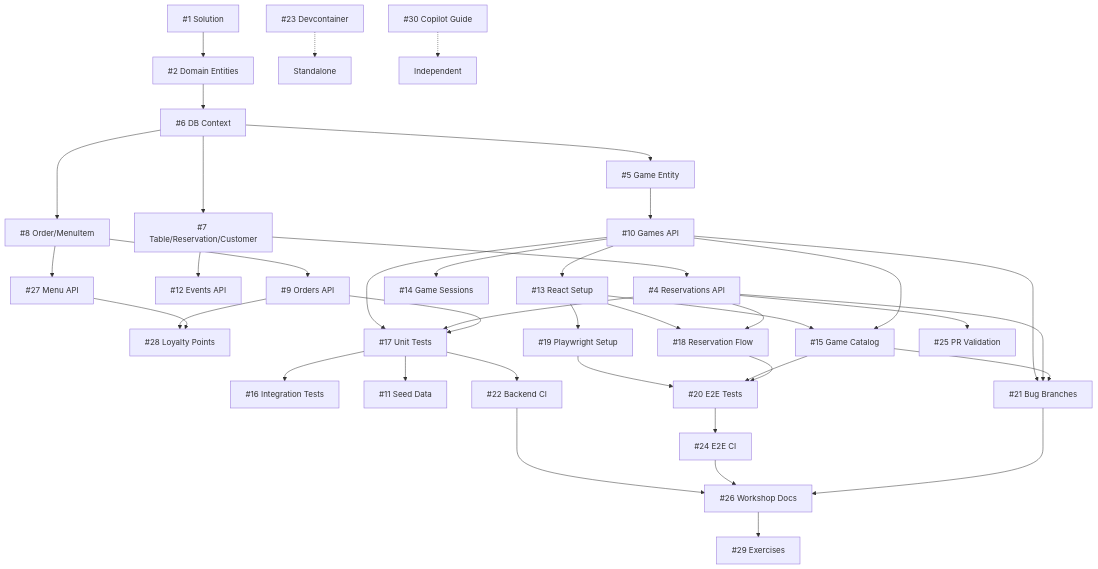
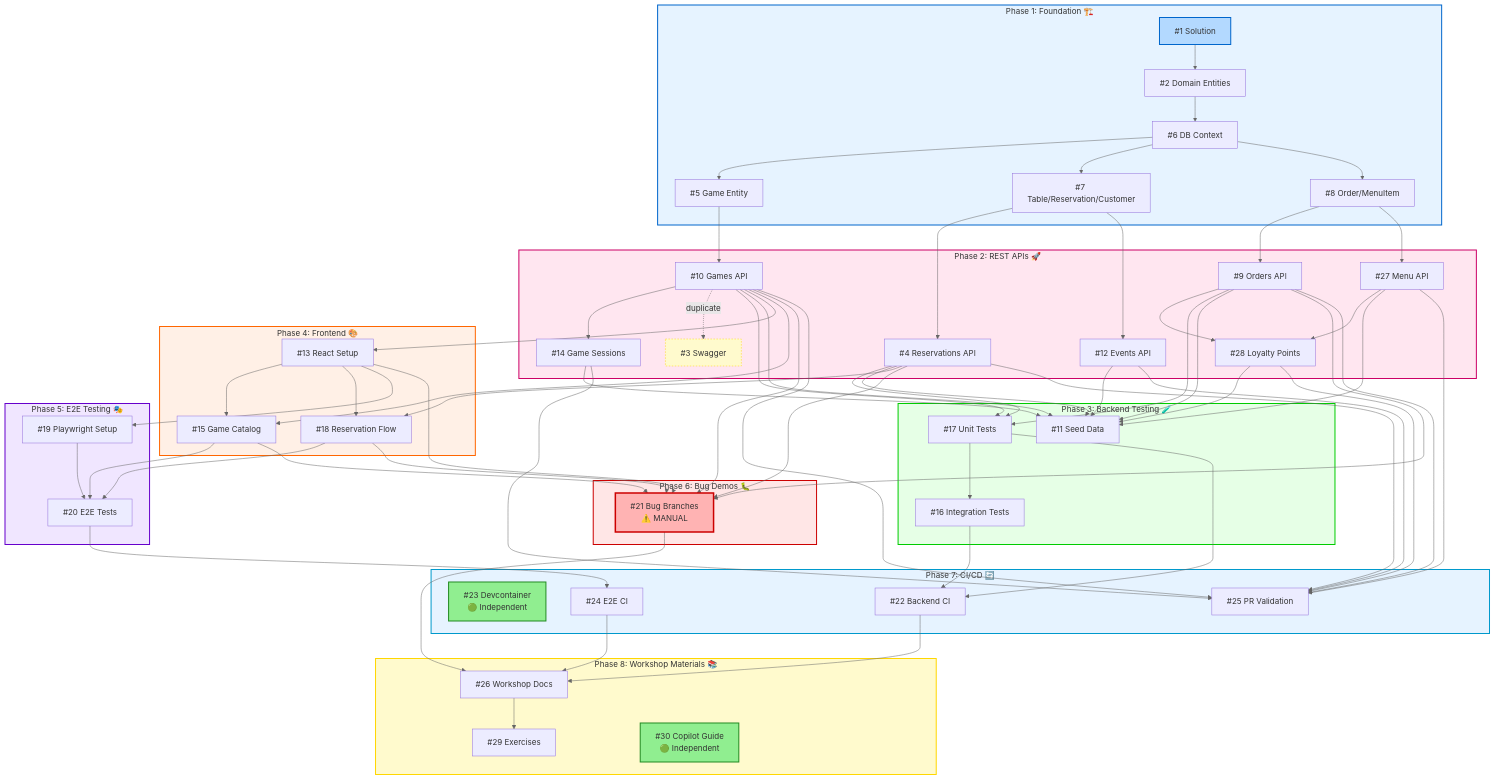
One commit to equalizer999/board-game-jam changed the ninth of 9 diagrams in README.md. Above: the diagram before and after it, drawn with Mermaid. The commit also changed other lines of this file, not shown here.

First line of the commit message:
Enhance dependency visualization with comprehensive Mermaid diagrams

````diff
--- a/README.md
+++ b/README.md
@@ -353,50 +420,100 @@
 ```mermaid
 graph TD
-    A[#1 Solution] --> B[#2 Domain Entities]
-    B --> C[#6 DB Context]
-    C --> D[#5 Game Entity]
-    C --> E[#7 Table/Reservation/Customer]
-    C --> F[#8 Order/MenuItem]
+    subgraph Phase1["Phase 1: Foundation 🏗️"]
+        I1[#1 Solution] --> I2[#2 Domain Entities]
+        I2 --> I6[#6 DB Context]
+        I6 --> I5[#5 Game Entity]
+        I6 --> I7[#7 Table/Reservation/Customer]
+        I6 --> I8[#8 Order/MenuItem]
+    end
     
-    D --> G[#10 Games API]
-    E --> H[#4 Reservations API]
-    E --> I[#12 Events API]
-    F --> J[#9 Orders API]
-    F --> K[#27 Menu API]
-    G --> L[#14 Game Sessions]
-    J --> M[#28 Loyalty Points]
-    K --> M
+    subgraph Phase2["Phase 2: REST APIs 🚀"]
+        I5 --> I10[#10 Games API]
+        I7 --> I4[#4 Reservations API]
+        I7 --> I12[#12 Events API]
+        I8 --> I9[#9 Orders API]
+        I8 --> I27[#27 Menu API]
+        I10 --> I14[#14 Game Sessions]
+        I9 --> I28[#28 Loyalty Points]
+        I27 --> I28
+        I10 -.->|duplicate| I3[#3 Swagger]
+    end
     
-    G --> N[#17 Unit Tests]
-    H --> N
-    J --> N
-    N --> O[#16 Integration Tests]
-    N --> P[#11 Seed Data]
+    subgraph Phase3["Phase 3: Backend Testing 🧪"]
+        I10 --> I17[#17 Unit Tests]
+        I4 --> I17
+        I9 --> I17
+        I17 --> I16[#16 Integration Tests]
+        I10 --> I11[#11 Seed Data]
+        I4 --> I11
+        I9 --> I11
+        I27 --> I11
+        I12 --> I11
+        I14 --> I11
+        I28 --> I11
+    end
     
-    G --> Q[#13 React Setup]
-    Q --> R[#15 Game Catalog]
-    G --> R
-    Q --> S[#18 Reservation Flow]
-    H --> S
+    subgraph Phase4["Phase 4: Frontend 🎨"]
+        I10 --> I13[#13 React Setup]
+        I13 --> I15[#15 Game Catalog]
+        I10 --> I15
+        I13 --> I18[#18 Reservation Flow]
+        I4 --> I18
+    end
     
-    Q --> T[#19 Playwright Setup]
-    T --> U[#20 E2E Tests]
-    R --> U
-    S --> U
+    subgraph Phase5["Phase 5: E2E Testing 🎭"]
+        I13 --> I19[#19 Playwright Setup]
+        I19 --> I20[#20 E2E Tests]
+        I15 --> I20
+        I18 --> I20
+    end
     
-    N --> V[#22 Backend CI]
-    U --> W[#24 E2E CI]
-    H --> X[#25 PR Validation]
+    subgraph Phase6["Phase 6: Bug Demos 🐛"]
+        I10 --> I21[#21 Bug Branches<br/>⚠️ MANUAL]
+        I4 --> I21
+        I9 --> I21
+        I13 --> I21
+        I15 --> I21
+        I18 --> I21
+    end
     
-    Y[#23 Devcontainer] -.-> Z[Standalone]
+    subgraph Phase7["Phase 7: CI/CD 🔄"]
+        I23[#23 Devcontainer<br/>🟢 Independent]
+        I17 --> I22[#22 Backend CI]
+        I16 --> I22
+        I20 --> I24[#24 E2E CI]
+        I10 --> I25[#25 PR Validation]
+        I4 --> I25
+        I9 --> I25
+        I27 --> I25
+        I12 --> I25
+        I14 --> I25
+        I28 --> I25
+    end
     
-    G --> AA[#21 Bug Branches]
-    H --> AA
-    R --> AA
+    subgraph Phase8["Phase 8: Workshop Materials 📚"]
+        I22 --> I26[#26 Workshop Docs]
+        I24 --> I26
+        I21 --> I26
+        I26 --> I29[#29 Exercises]
+        I30[#30 Copilot Guide<br/>🟢 Independent]
+    end
     
-    V --> AB[#26 Workshop Docs]
-    W --> AB
-    AA --> AB
-    AB --> AC[#29 Exercises]
-    AD[#30 Copilot Guide] -.-> AE[Independent]
+    %% Styling
+    style Phase1 fill:#E6F3FF,stroke:#0066CC,stroke-width:2px
+    style Phase2 fill:#FFE6F0,stroke:#CC0066,stroke-width:2px
+    style Phase3 fill:#E6FFE6,stroke:#00CC00,stroke-width:2px
+    style Phase4 fill:#FFF0E6,stroke:#FF6600,stroke-width:2px
+    style Phase5 fill:#F0E6FF,stroke:#6600CC,stroke-width:2px
+    style Phase6 fill:#FFE6E6,stroke:#CC0000,stroke-width:2px
+    style Phase7 fill:#E6F3FF,stroke:#0099CC,stroke-width:2px
+    style Phase8 fill:#FFFACD,stroke:#FFD700,stroke-width:2px
+    
+    style I1 fill:#B3D9FF,stroke:#0066CC,stroke-width:2px
+    style I21 fill:#FFB3B3,stroke:#CC0000,stroke-width:3px
+    style I23 fill:#90EE90,stroke:#228B22,stroke-width:2px
+    style I30 fill:#90EE90,stroke:#228B22,stroke-width:2px
+    style I3 fill:#FFFACD,stroke:#FFD700,stroke-width:1px,stroke-dasharray: 3 3
+    
+    linkStyle default stroke:#666,stroke-width:1px
 ```
````
